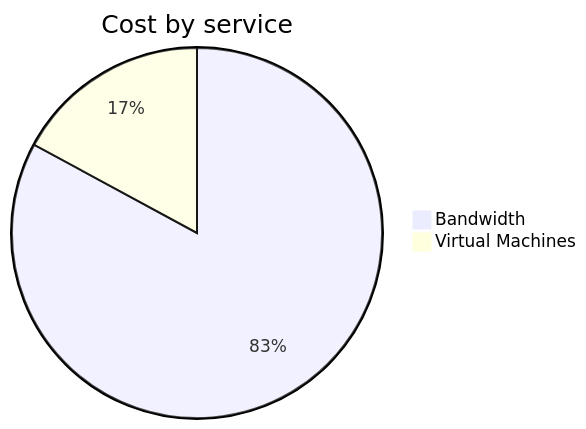
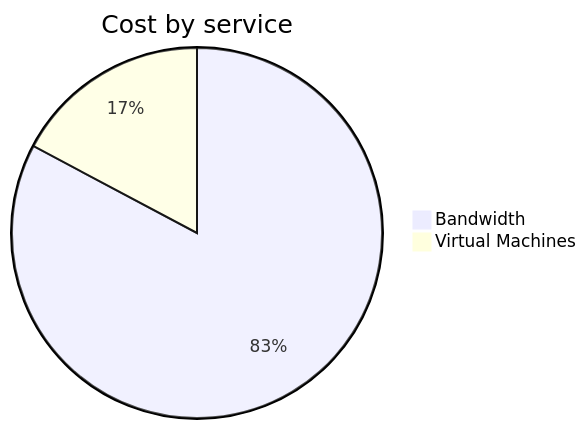
Before and after one commit to jpfulton/azure-personal-reports: the second of 4 diagrams in cost-reports/personal-network/vpn-server.md, drawn with Mermaid. The commit also changed other lines of this file and 8 other files, not shown here.

````diff
--- a/cost-reports/personal-network/vpn-server.md
+++ b/cost-reports/personal-network/vpn-server.md
@@ -92,6 +92,6 @@
 ```mermaid
 pie
    title Cost by service
-   "Bandwidth" : 4.51
-   "Virtual Machines" : 0.93
+   "Bandwidth" : 5.24
+   "Virtual Machines" : 1.09
 ```
````
